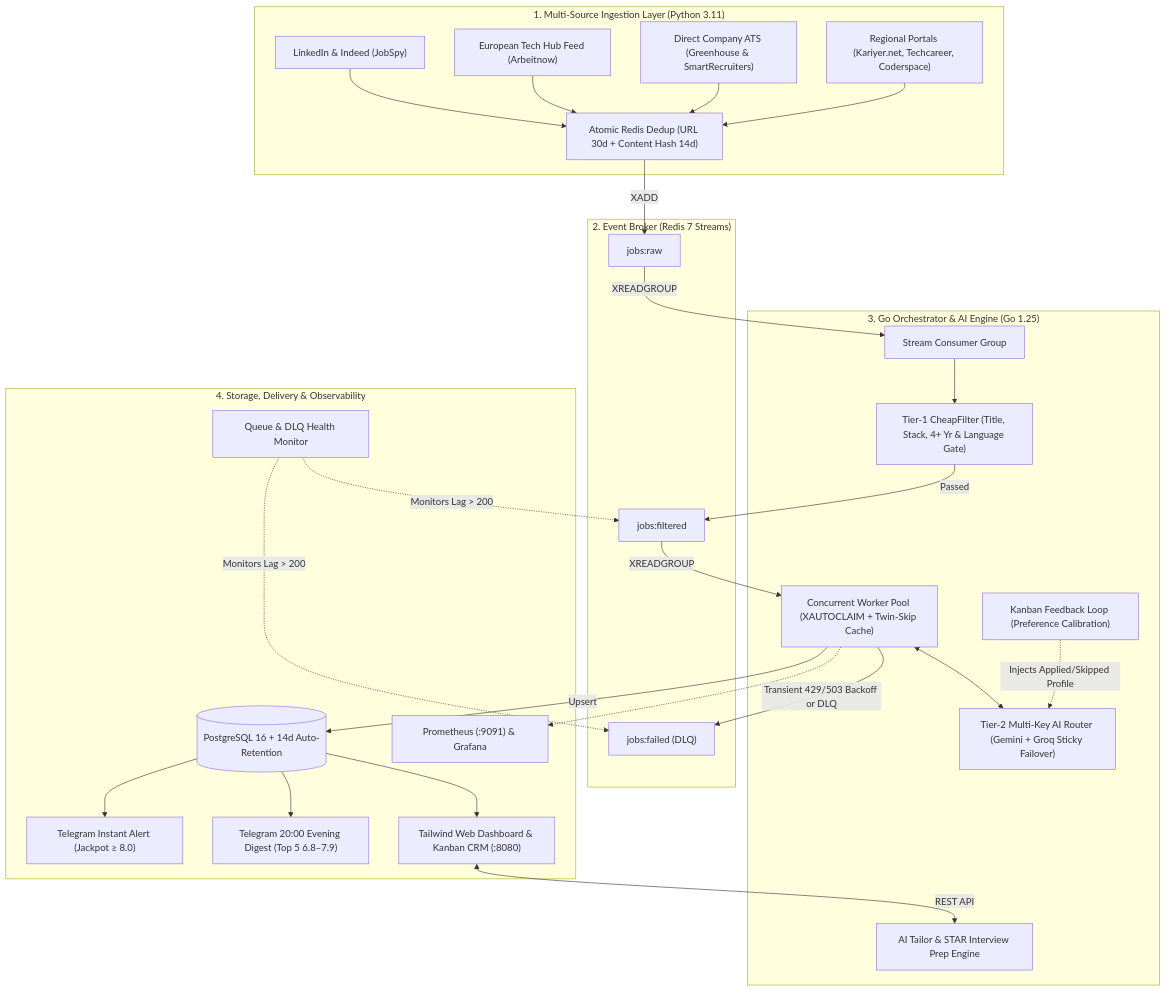
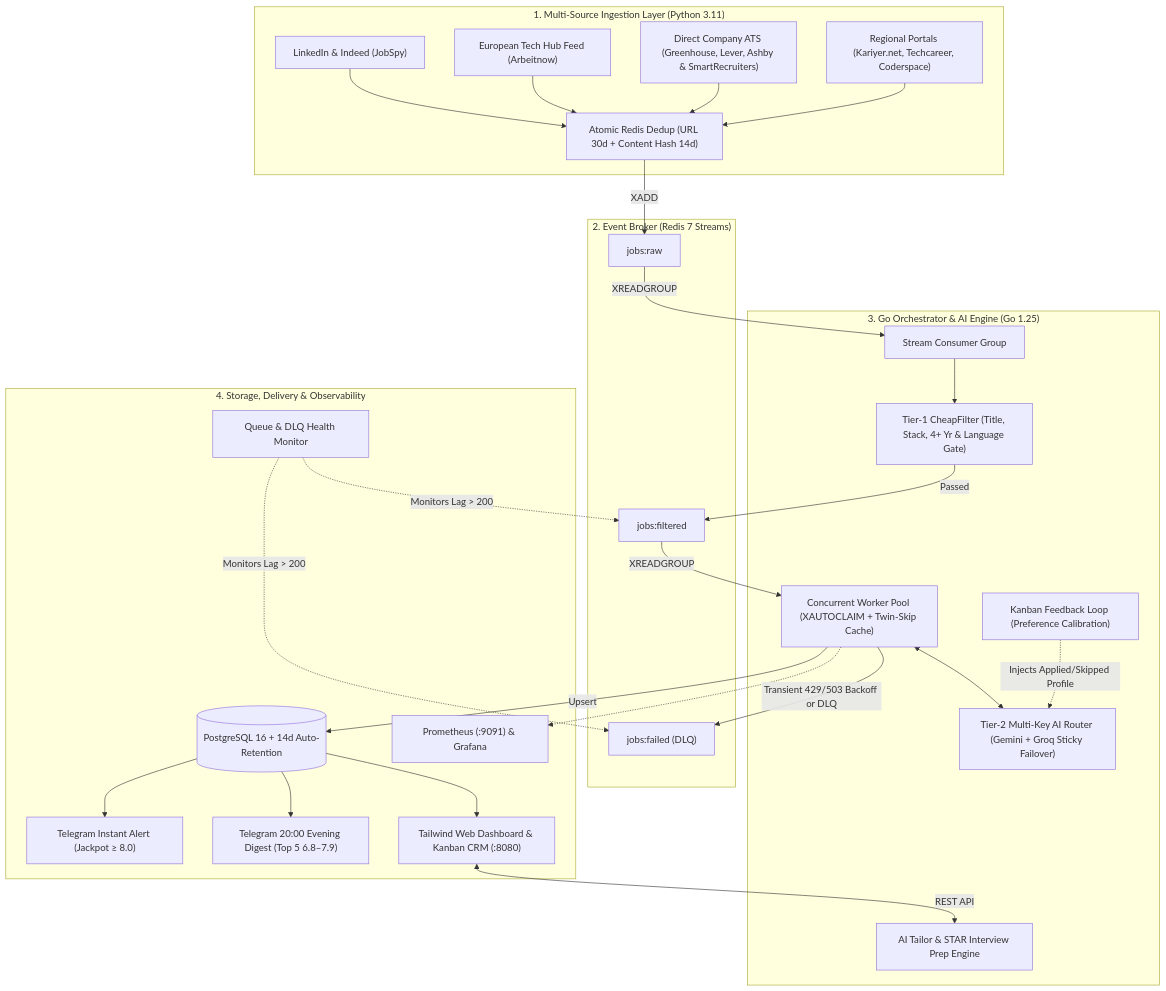
Before and after one commit to Ulas-Dursun/job-hunter: the diagram in README.md, drawn with Mermaid. The commit also changed other lines of this file and 43 other files, not shown here.

Commit message:
feat: add Ashby/Lever ATS, sleep-resilient wall-clock scheduler, EU/Brussels calibration, allowlist CV guard & macOS runner

````diff
--- a/README.md
+++ b/README.md
@@ -25,47 +25,47 @@
 ```mermaid
 flowchart TD
     subgraph S1["1. Multi-Source Ingestion Layer (Python 3.11)"]
         A1["LinkedIn & Indeed (JobSpy)"]
         A2["European Tech Hub Feed (Arbeitnow)"]
-        A3["Direct Company ATS (Greenhouse & SmartRecruiters)"]
+        A3["Direct Company ATS (Greenhouse, Lever, Ashby & SmartRecruiters)"]
         A4["Regional Portals (Kariyer.net, Techcareer, Coderspace)"]
         A5["Atomic Redis Dedup (URL 30d + Content Hash 14d)"]
     end
 
     subgraph S2["2. Event Broker (Redis 7 Streams)"]
         B["jobs:raw"]
         E["jobs:filtered"]
         F_DLQ["jobs:failed (DLQ)"]
     end
 
     subgraph S3["3. Go Orchestrator & AI Engine (Go 1.25)"]
         C["Stream Consumer Group"]
         D["Tier-1 CheapFilter (Title, Stack, 4+ Yr & Language Gate)"]
         W["Concurrent Worker Pool (XAUTOCLAIM + Twin-Skip Cache)"]
         G["Tier-2 Multi-Key AI Router (Gemini + Groq Sticky Failover)"]
         FB["Kanban Feedback Loop (Preference Calibration)"]
         T["AI Tailor & STAR Interview Prep Engine"]
     end
 
     subgraph S4["4. Storage, Delivery & Observability"]
         H[("PostgreSQL 16 + 14d Auto-Retention")]
         I1["Telegram Instant Alert (Jackpot ≥ 8.0)"]
         I2["Telegram 20:00 Evening Digest (Top 5 6.8–7.9)"]
         I3["Queue & DLQ Health Monitor"]
         J["Tailwind Web Dashboard & Kanban CRM (:8080)"]
         K["Prometheus (:9091) & Grafana"]
     end
 
     A1 & A2 & A3 & A4 --> A5 -->|XADD| B
     B -->|XREADGROUP| C --> D
     D -->|Passed| E
     E -->|XREADGROUP| W
     W <--> G
     FB -.->|Injects Applied/Skipped Profile| G
     W -->|Transient 429/503 Backoff or DLQ| F_DLQ
     W -->|Upsert| H
     H --> I1 & I2 & J
     J <-->|REST API| T
     I3 -.->|Monitors Lag > 200| E & F_DLQ
     W -.-> K
 ```
````
